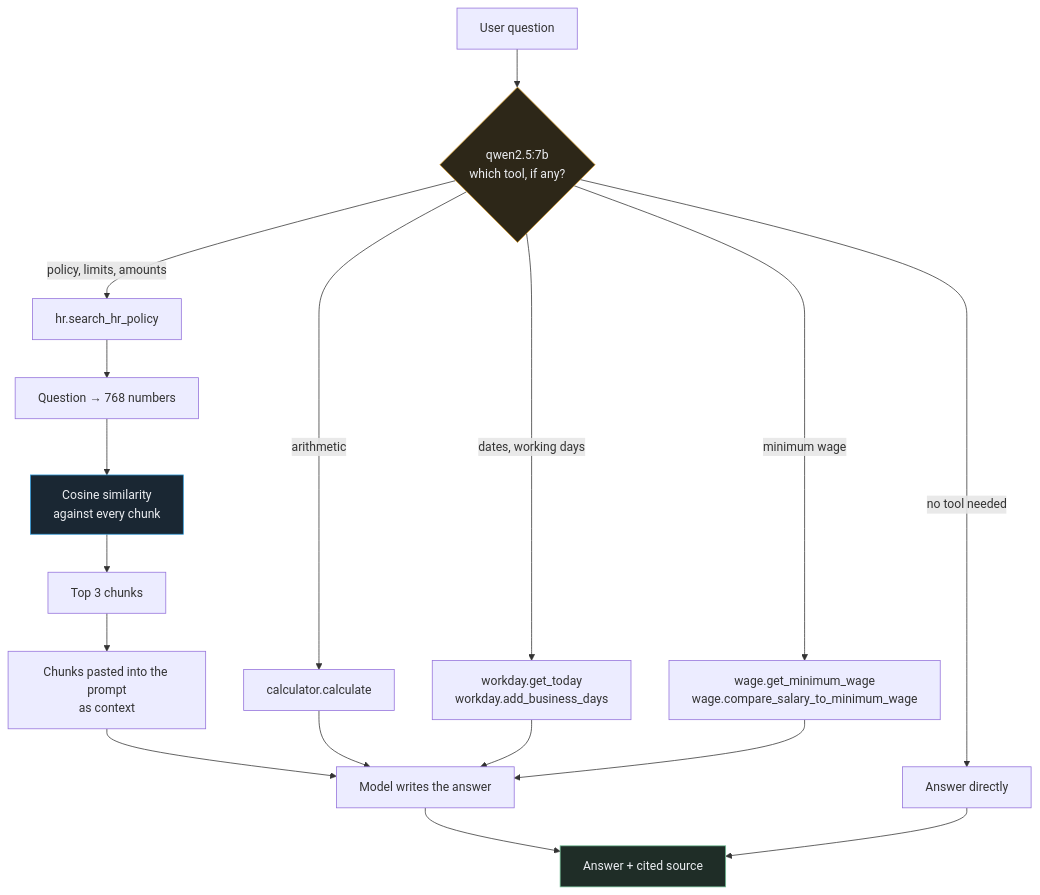
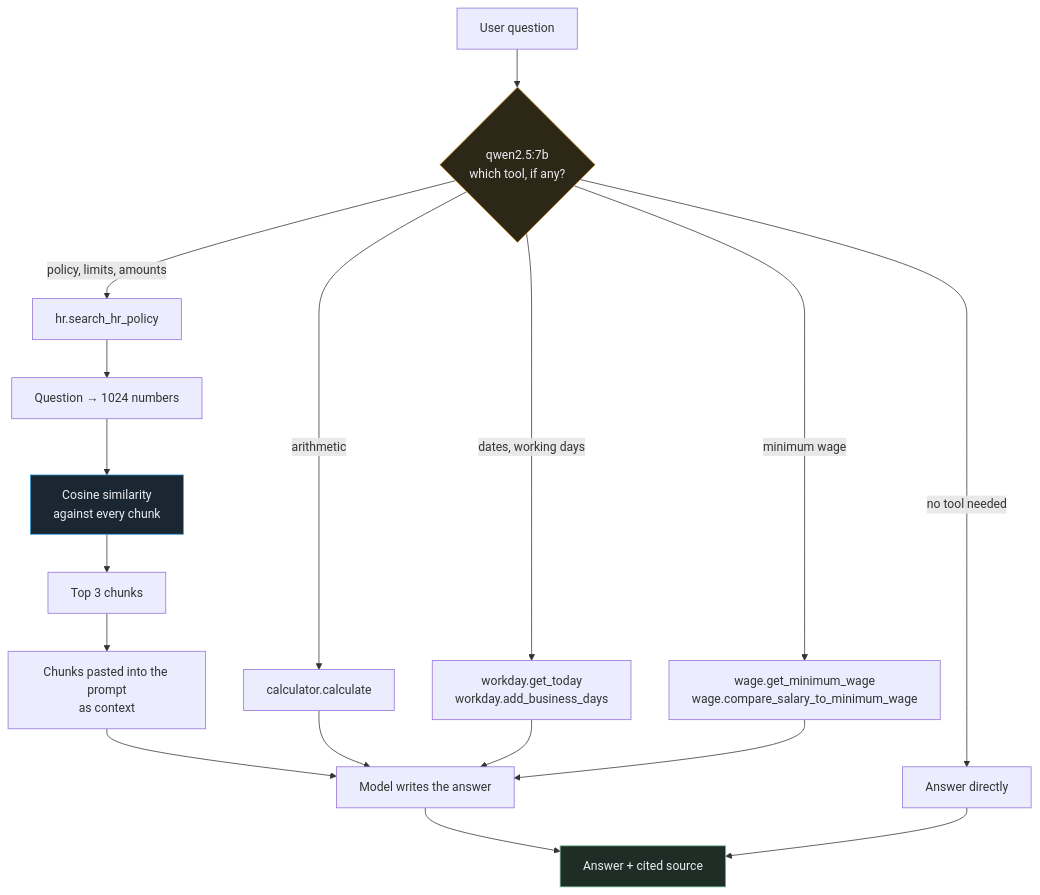
Before and after one commit to ibrahimtombul/RagAgentLab: the second of 3 diagrams in README.md, drawn with Mermaid. The commit also changed other lines of this file and 2 other files, not shown here.

````diff
--- a/README.md
+++ b/README.md
@@ -211,26 +211,26 @@
 ```mermaid
 flowchart TD
     Q["User question"] --> M{"qwen2.5:7b<br/>which tool, if any?"}
 
     M -->|"policy, limits, amounts"| T1["hr.search_hr_policy"]
     M -->|"arithmetic"| T2["calculator.calculate"]
     M -->|"dates, working days"| T3["workday.get_today<br/>workday.add_business_days"]
     M -->|"minimum wage"| T4["wage.get_minimum_wage<br/>wage.compare_salary_to_minimum_wage"]
     M -->|"no tool needed"| D["Answer directly"]
 
-    T1 --> R1["Question → 768 numbers"]
+    T1 --> R1["Question → 1024 numbers"]
     R1 --> R2["Cosine similarity<br/>against every chunk"]
     R2 --> R3["Top 3 chunks"]
     R3 --> P["Chunks pasted into the prompt<br/>as context"]
 
     P --> G["Model writes the answer"]
     T2 --> G
     T3 --> G
     T4 --> G
     G --> OUT["Answer + cited source"]
     D --> OUT
 
     style M fill:#2d2718,stroke:#e0a32e,color:#eceef2
     style R2 fill:#1a2733,stroke:#2f9bdc,color:#eceef2
     style OUT fill:#1f2d27,stroke:#6fbf95,color:#eceef2
 ```
````
